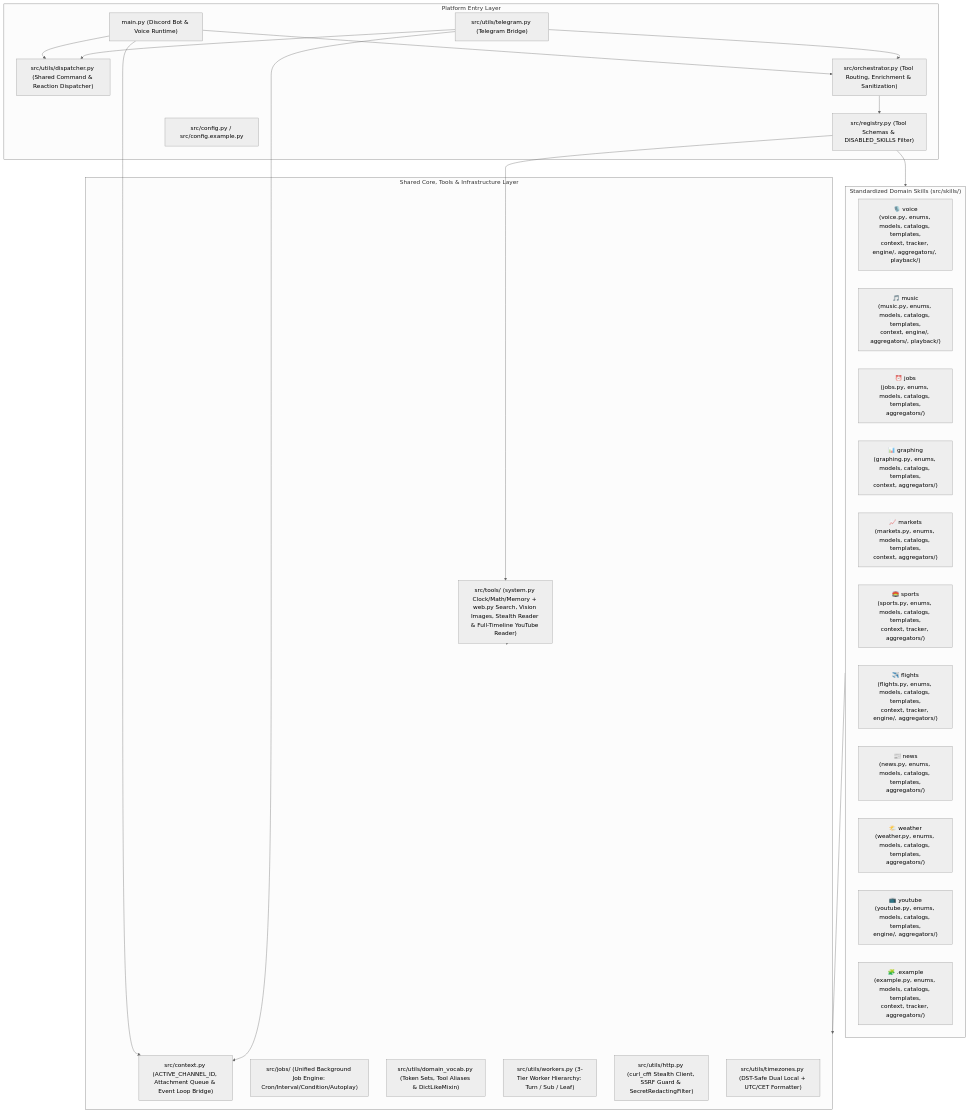
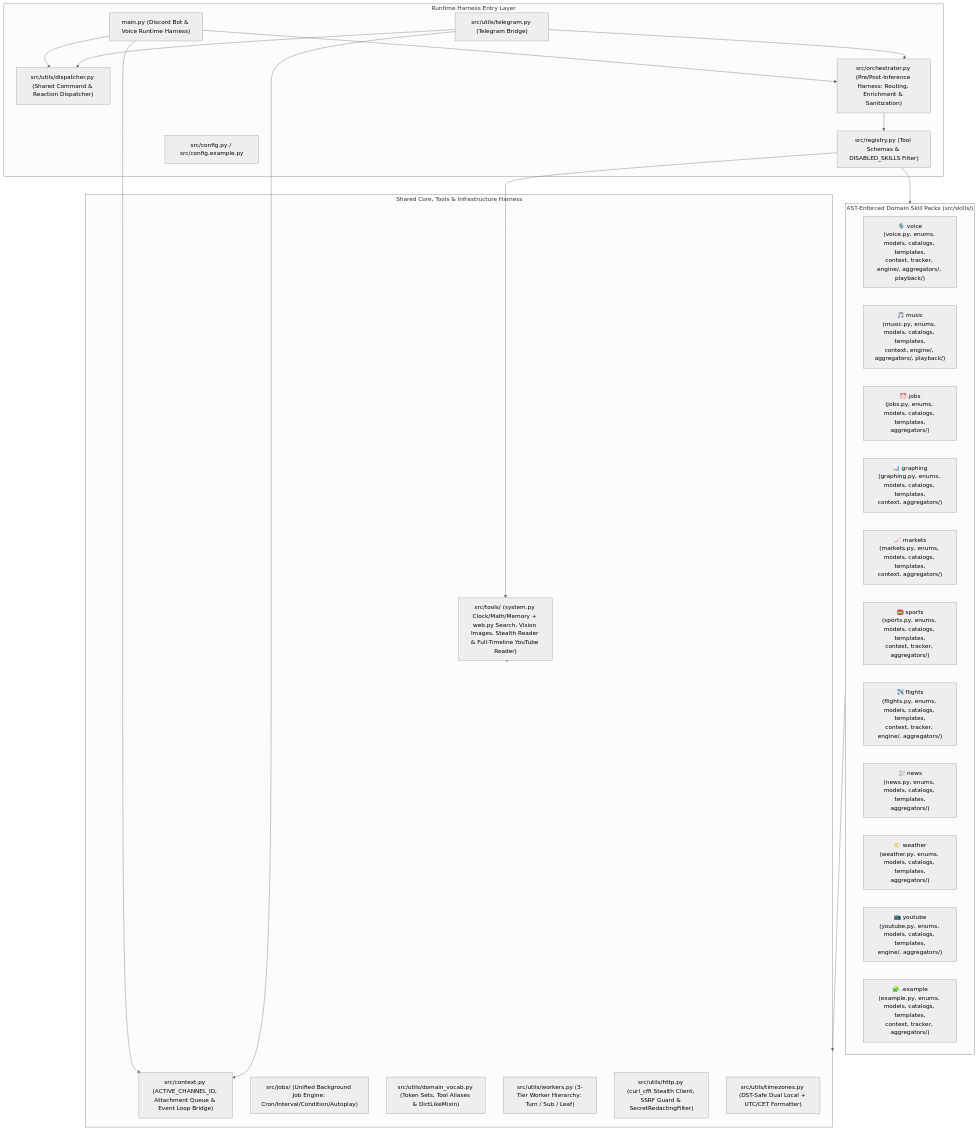
Before and after one commit to ElvisHalil/discord-bot: the diagram in README.md, drawn with Mermaid (neutral theme). The commit also changed other lines of this file and 1 other file, not shown here.

Commit message:
docs: reframe project around dual Runtime + AST Coding Harness architecture

````diff
--- a/README.md
+++ b/README.md
@@ -72,47 +76,47 @@
 ```mermaid
 flowchart TD
-    subgraph Entry["Platform Entry Layer"]
-        MAIN["main.py (Discord Bot & Voice Runtime)"]
+    subgraph Entry["Runtime Harness Entry Layer"]
+        MAIN["main.py (Discord Bot & Voice Runtime Harness)"]
         TG["src/utils/telegram.py (Telegram Bridge)"]
         DISP["src/utils/dispatcher.py (Shared Command & Reaction Dispatcher)"]
-        ORCH["src/orchestrator.py (Tool Routing, Enrichment & Sanitization)"]
+        ORCH["src/orchestrator.py (Pre/Post-Inference Harness: Routing, Enrichment & Sanitization)"]
         REG["src/registry.py (Tool Schemas & DISABLED_SKILLS Filter)"]
         CFG["src/config.py / src/config.example.py"]
     end
 
-    subgraph Core["Shared Core, Tools & Infrastructure Layer"]
+    subgraph Core["Shared Core, Tools & Infrastructure Harness"]
         CTX["src/context.py (ACTIVE_CHANNEL_ID, Attachment Queue & Event Loop Bridge)"]
         JOB["src/jobs/ (Unified Background Job Engine: Cron/Interval/Condition/Autoplay)"]
         TLS["src/tools/ (system.py Clock/Math/Memory + web.py Search, Vision Images, Stealth Reader & Full-Timeline YouTube Reader)"]
         VOCAB["src/utils/domain_vocab.py (Token Sets, Tool Aliases & DictLikeMixin)"]
         WRK["src/utils/workers.py (3-Tier Worker Hierarchy: Turn / Sub / Leaf)"]
         HTTP["src/utils/http.py (curl_cffi Stealth Client, SSRF Guard & SecretRedactingFilter)"]
         TZ["src/utils/timezones.py (DST-Safe Dual Local + UTC/CET Formatter)"]
     end
 
-    subgraph Skills["Standardized Domain Skills (src/skills/)"]
+    subgraph Skills["AST-Enforced Domain Skill Packs (src/skills/)"]
         VCE["🎙️ voice\n(voice.py, enums, models, catalogs, templates,\ncontext, tracker, engine/, aggregators/, playback/)"]
         MUS["🎵 music\n(music.py, enums, models, catalogs, templates,\ncontext, engine/, aggregators/, playback/)"]
         JBS["⏰ jobs\n(jobs.py, enums, models, catalogs, templates,\naggregators/)"]
         GRP["📊 graphing\n(graphing.py, enums, models, catalogs, templates,\ncontext, aggregators/)"]
         MKT["📈 markets\n(markets.py, enums, models, catalogs, templates,\ncontext, aggregators/)"]
         SPT["🏟️ sports\n(sports.py, enums, models, catalogs, templates,\ncontext, tracker, aggregators/)"]
         FLT["✈️ flights\n(flights.py, enums, models, catalogs, templates,\ncontext, tracker, engine/, aggregators/)"]
         NWS["📰 news\n(news.py, enums, models, catalogs, templates,\naggregators/)"]
         WTH["🌤️ weather\n(weather.py, enums, models, catalogs, templates,\naggregators/)"]
         YT["📺 youtube\n(youtube.py, enums, models, catalogs, templates,\nengine/, aggregators/)"]
         EX["🧩 .example\n(example.py, enums, models, catalogs, templates,\ncontext, tracker, aggregators/)"]
     end
 
     MAIN --> DISP
     TG --> DISP
     MAIN --> ORCH
     TG --> ORCH
     MAIN --> CTX
     TG --> CTX
     ORCH --> REG
     REG --> TLS
     REG --> Skills
     Skills --> Core
     TLS --> Core
 ```
````
